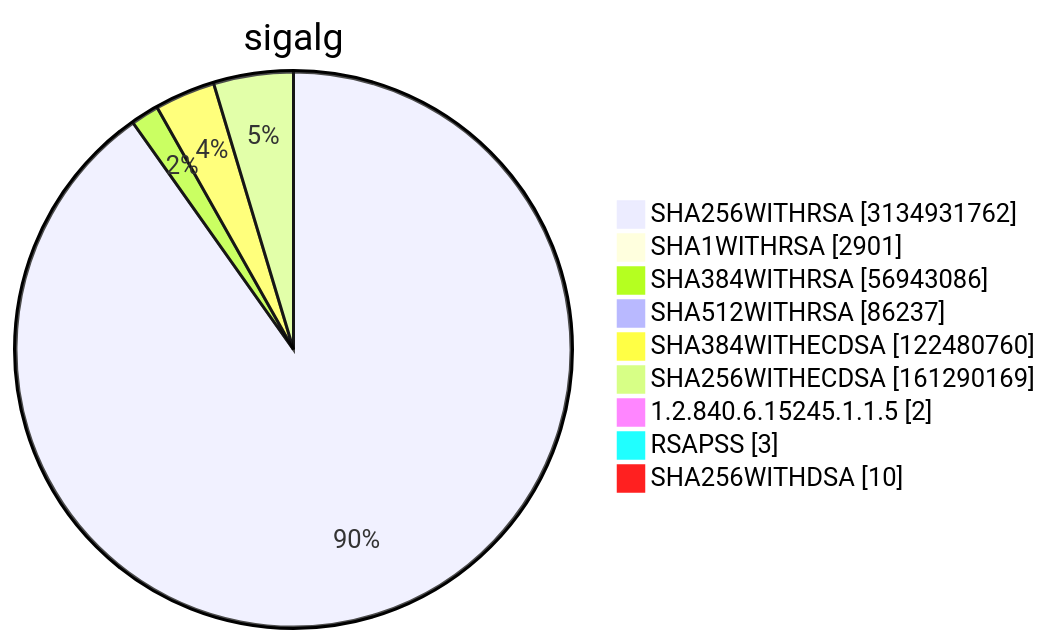
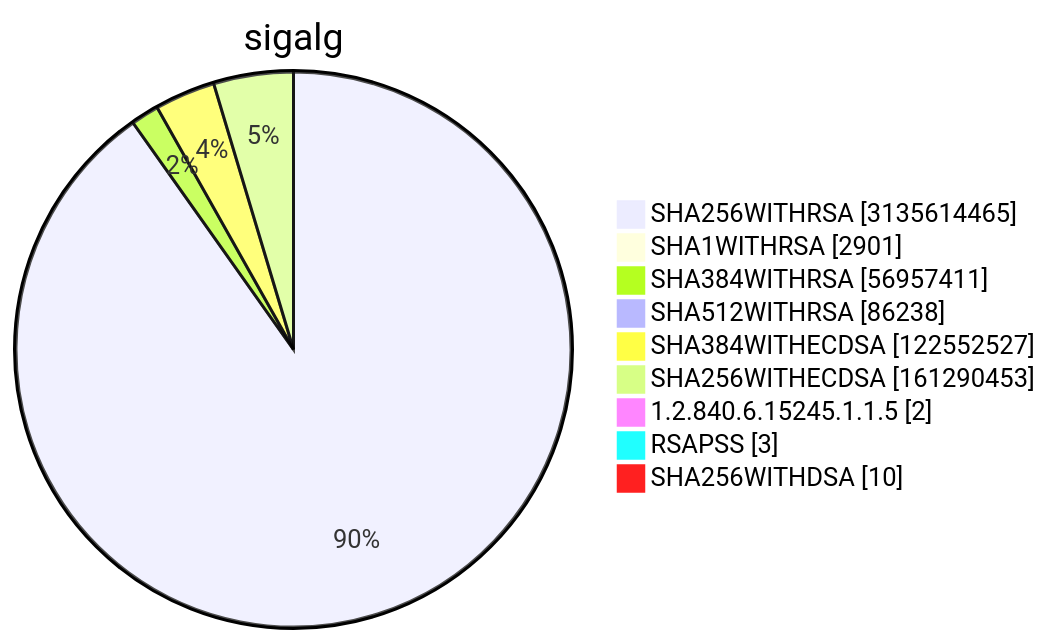
Before and after one commit to christiankrug/ctmonitor_visualization: diagram 15 of 15 in TOTAL/README.md, drawn with Mermaid. The commit also changed other lines of this file, not shown here.

````diff
--- a/TOTAL/README.md
+++ b/TOTAL/README.md
@@ -6212,13 +6212,13 @@
 ```mermaid
 pie showData
 title sigalg
-"SHA256WITHRSA" :3134931762
+"SHA256WITHRSA" :3135614465
 "SHA1WITHRSA" :2901
-"SHA384WITHRSA" :56943086
-"SHA512WITHRSA" :86237
-"SHA384WITHECDSA" :122480760
-"SHA256WITHECDSA" :161290169
+"SHA384WITHRSA" :56957411
+"SHA512WITHRSA" :86238
+"SHA384WITHECDSA" :122552527
+"SHA256WITHECDSA" :161290453
 "1.2.840.6.15245.1.1.5" :2
 "RSAPSS" :3
 "SHA256WITHDSA" :10
 ```
````
